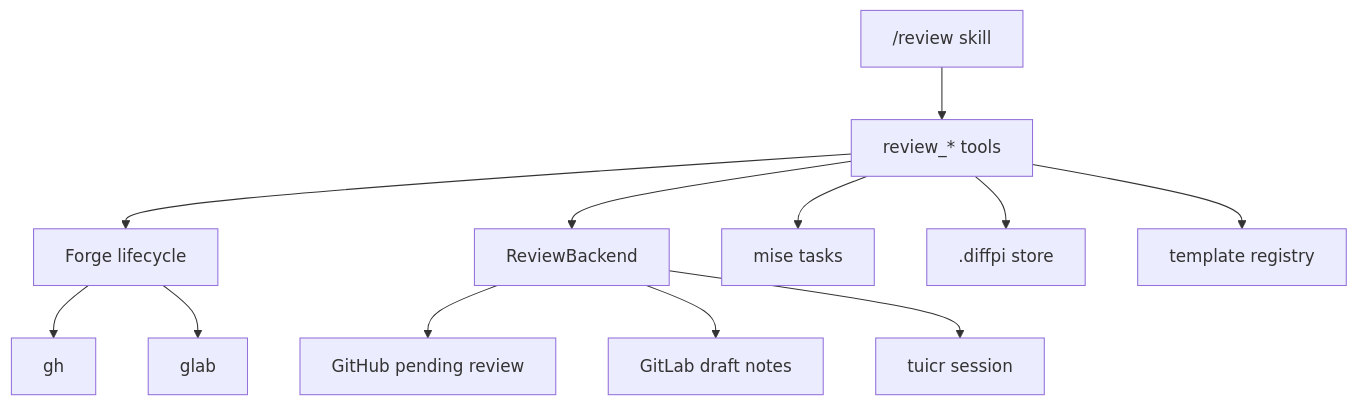
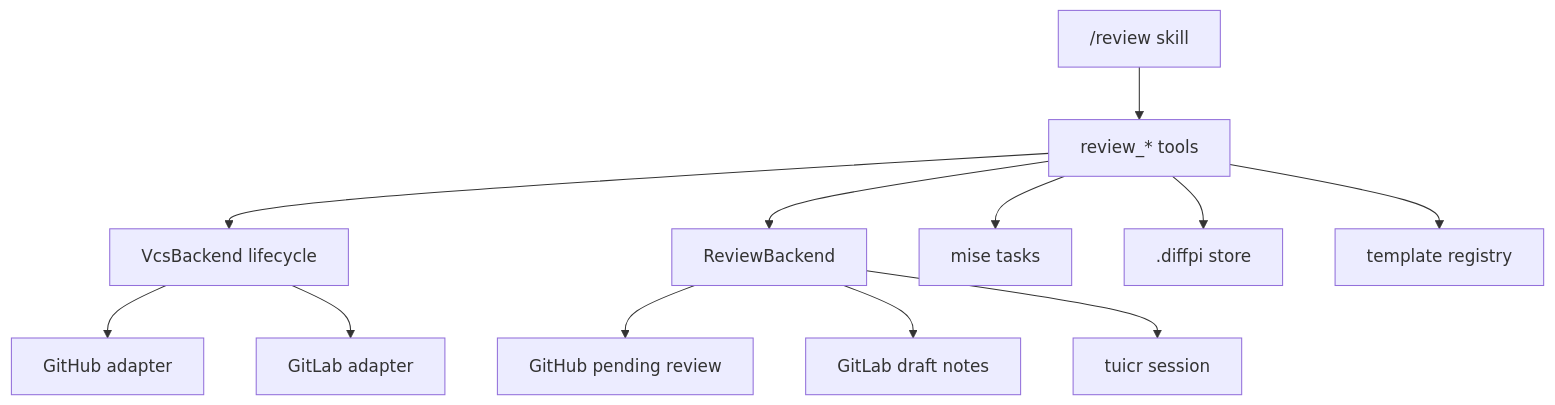
Before and after one commit to difflab-io/diffpi: the diagram in docs/architecture/review.md, drawn with Mermaid. The commit also changed other lines of this file and 49 other files, not shown here.

````diff
--- a/docs/architecture/review.md
+++ b/docs/architecture/review.md
@@ -16,14 +28,14 @@
 ```mermaid
 graph TD
     Skill["/review skill"] --> Tools["review_* tools"]
-    Tools --> Forge["Forge lifecycle"]
+    Tools --> Vcs["VcsBackend lifecycle"]
     Tools --> Backend["ReviewBackend"]
-    Forge --> GitHub["gh"]
-    Forge --> GitLab["glab"]
+    Vcs --> GitHub["GitHub adapter"]
+    Vcs --> GitLab["GitLab adapter"]
     Backend --> GitHubReview["GitHub pending review"]
     Backend --> GitLabReview["GitLab draft notes"]
     Backend --> Tuicr["tuicr session"]
     Tools --> Gates["mise tasks"]
     Tools --> Store[".diffpi store"]
     Tools --> Templates["template registry"]
 ```
````
